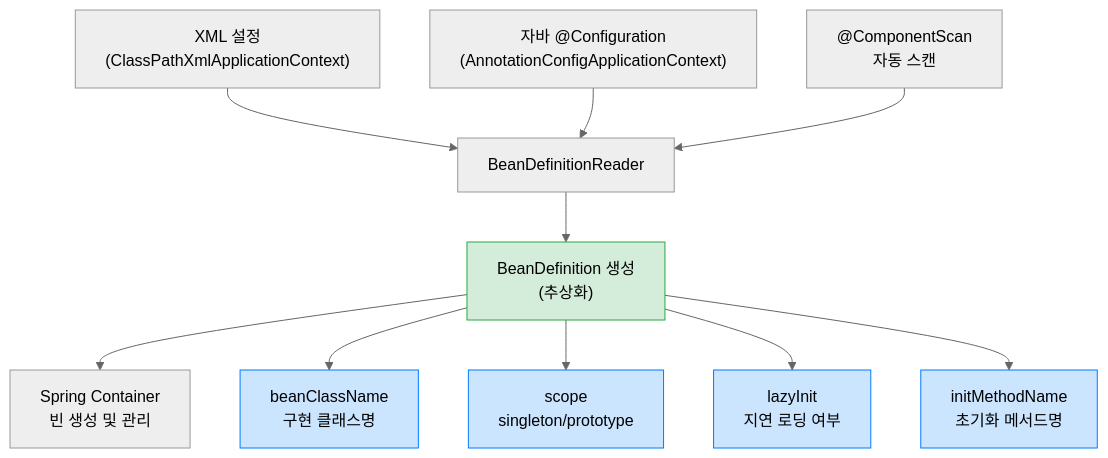
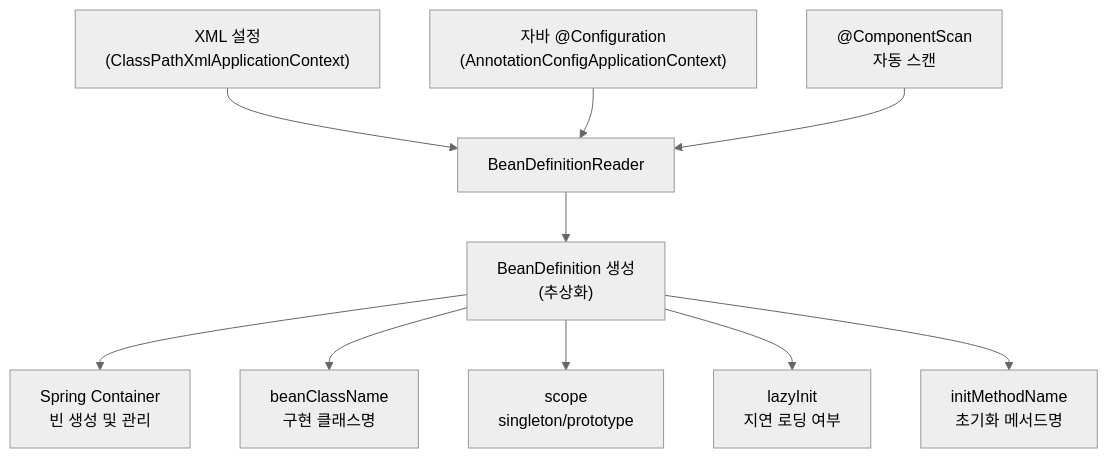
Before and after one commit to yjkim2015/yjkim2015.github.io: the tenth of 13 diagrams in _posts/spring/2026-05-02-spring-core-basic.md, drawn with Mermaid (neutral theme). The commit also changed other lines of this file and 215 other files, not shown here.

First line of the commit message:
신규 포스트 10개 추가 + Mermaid 전면 축소 + SystemDesign 시리즈 보강

````diff
--- a/_posts/spring/2026-05-02-spring-core-basic.md
+++ b/_posts/spring/2026-05-02-spring-core-basic.md
@@ -723,18 +619,12 @@
 ```mermaid
 graph TD
     A["XML 설정\n(ClassPathXmlApplicationContext)"] --> C["BeanDefinitionReader"]
     B["자바 @Configuration\n(AnnotationConfigApplicationContext)"] --> C
     D["@ComponentScan\n자동 스캔"] --> C
     C --> E["BeanDefinition 생성\n(추상화)"]
     E --> F["Spring Container\n빈 생성 및 관리"]
-
     E --> G["beanClassName\n구현 클래스명"]
     E --> H["scope\nsingleton/prototype"]
     E --> I["lazyInit\n지연 로딩 여부"]
     E --> J["initMethodName\n초기화 메서드명"]
-
-    classDef blue fill:#cce5ff,stroke:#007bff
-    classDef green fill:#d4edda,stroke:#28a745
-    class E green
-    class G,H,I,J blue
 ```
````
